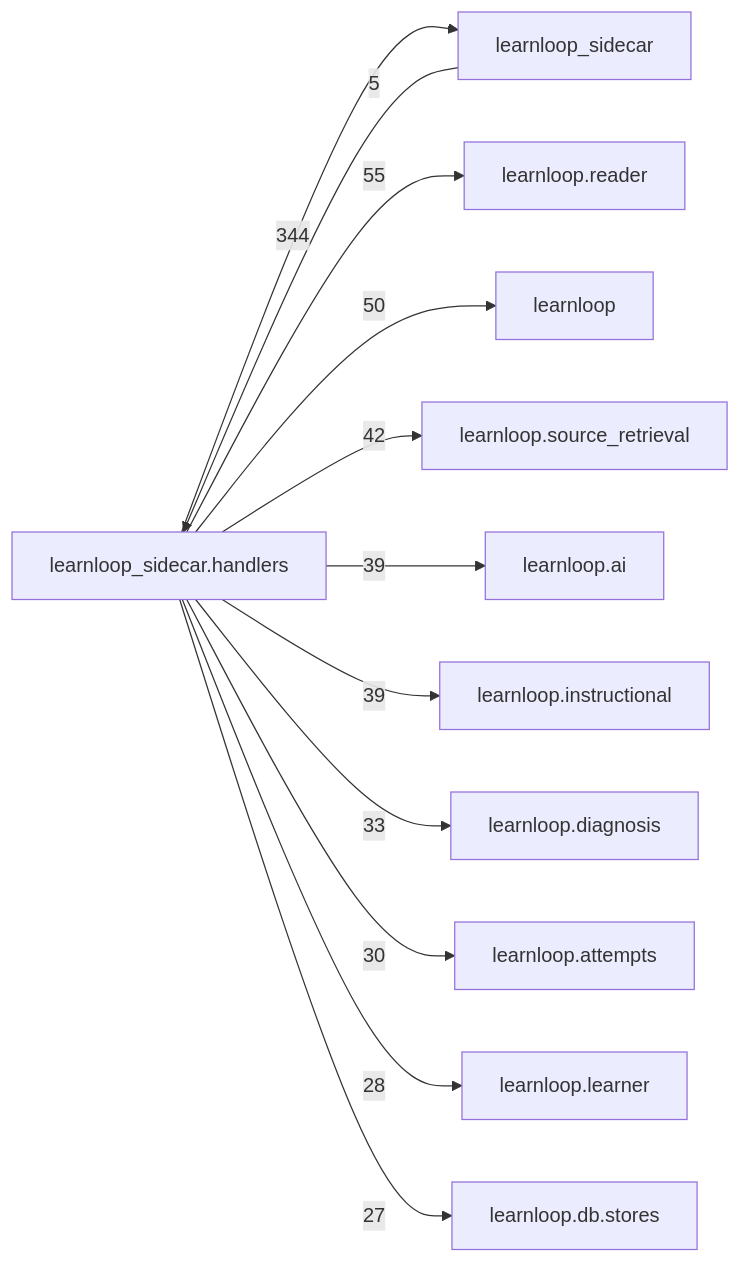
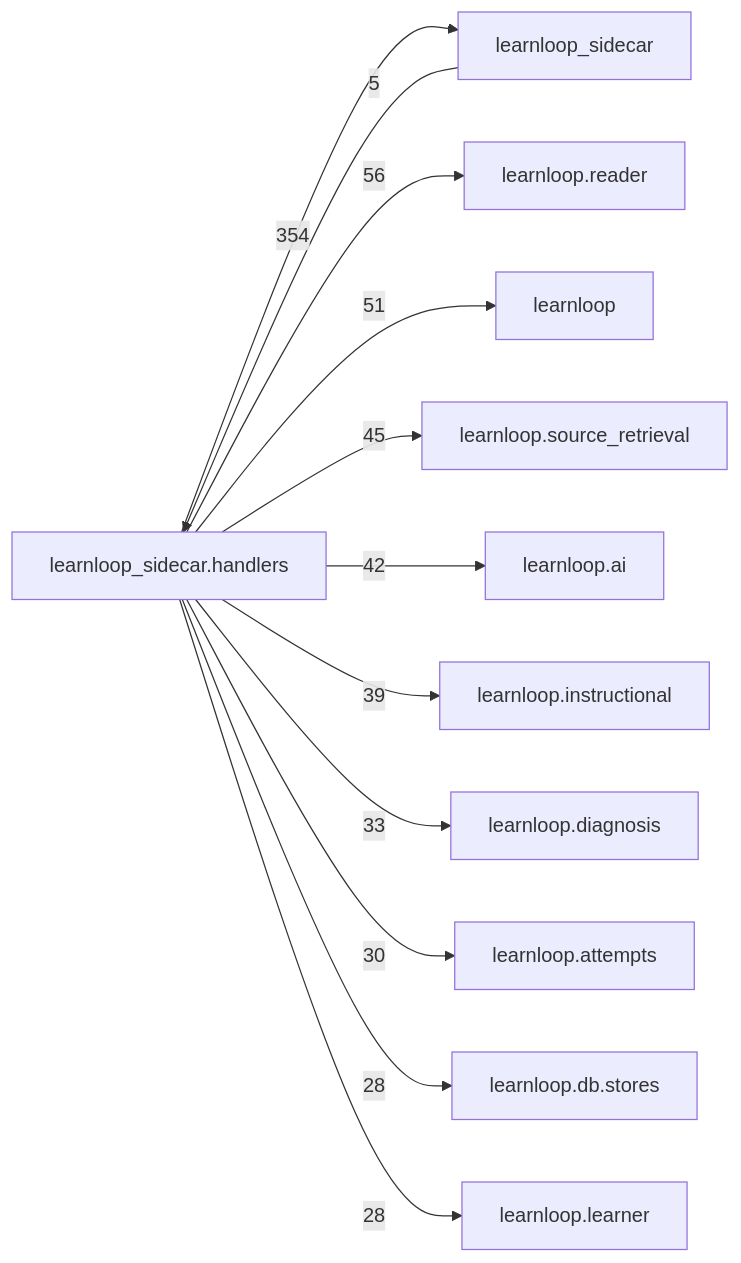
The diagram in docs/learnloop-architecture-vault/Reference/Modules/learnloop_sidecar/handlers/_package.md (6up-b/learnanything), drawn with Mermaid before and after one commit. The commit also changed other lines of this file and 67 other files, not shown here.

````diff
--- a/docs/learnloop-architecture-vault/Reference/Modules/learnloop_sidecar/handlers/_package.md
+++ b/docs/learnloop-architecture-vault/Reference/Modules/learnloop_sidecar/handlers/_package.md
@@ -274,25 +278,25 @@
 ```mermaid
 flowchart LR
     center["learnloop_sidecar.handlers"]
     n_learnloop_sidecar["learnloop_sidecar"]
     n_learnloop_reader["learnloop.reader"]
     n_learnloop["learnloop"]
     n_learnloop_source_retrieval["learnloop.source_retrieval"]
     n_learnloop_ai["learnloop.ai"]
     n_learnloop_instructional["learnloop.instructional"]
     n_learnloop_diagnosis["learnloop.diagnosis"]
     n_learnloop_attempts["learnloop.attempts"]
+    n_learnloop_db_stores["learnloop.db.stores"]
     n_learnloop_learner["learnloop.learner"]
-    n_learnloop_db_stores["learnloop.db.stores"]
     n_learnloop_sidecar -->|5| center
-    center -->|344| n_learnloop_sidecar
-    center -->|55| n_learnloop_reader
-    center -->|50| n_learnloop
-    center -->|42| n_learnloop_source_retrieval
-    center -->|39| n_learnloop_ai
+    center -->|354| n_learnloop_sidecar
+    center -->|56| n_learnloop_reader
+    center -->|51| n_learnloop
+    center -->|45| n_learnloop_source_retrieval
+    center -->|42| n_learnloop_ai
     center -->|39| n_learnloop_instructional
     center -->|33| n_learnloop_diagnosis
     center -->|30| n_learnloop_attempts
+    center -->|28| n_learnloop_db_stores
     center -->|28| n_learnloop_learner
-    center -->|27| n_learnloop_db_stores
 ```
````
